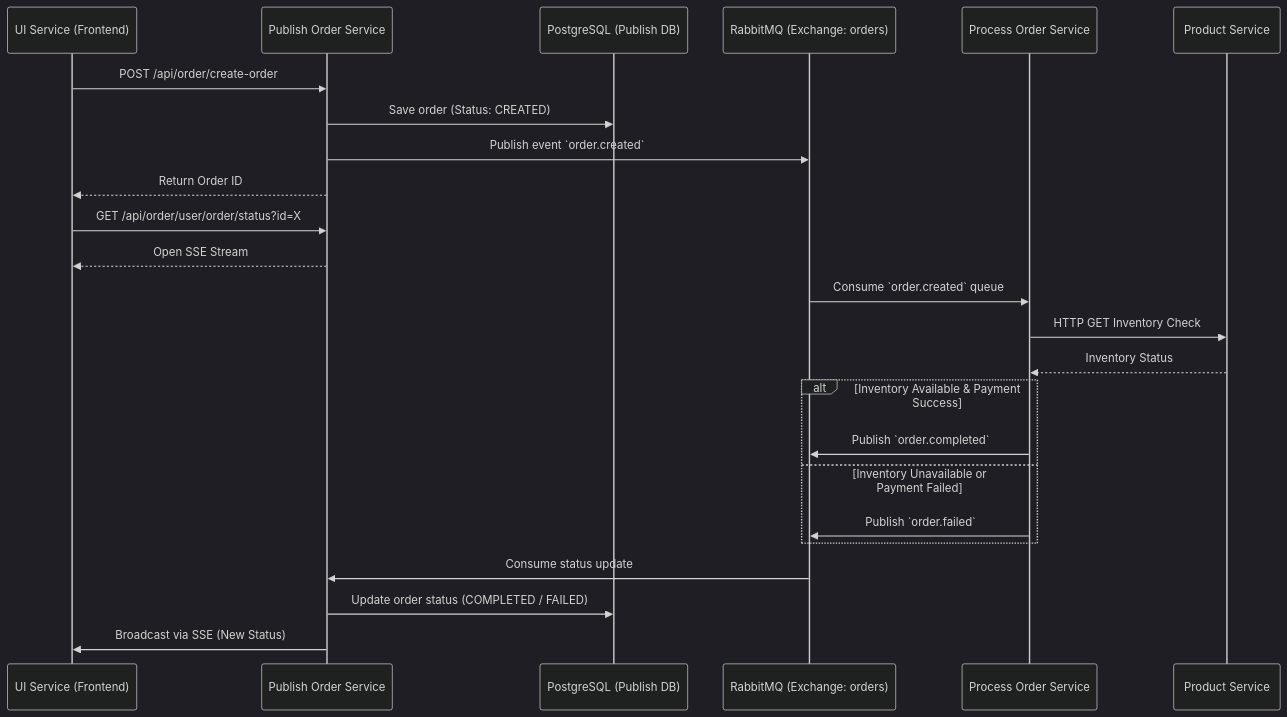
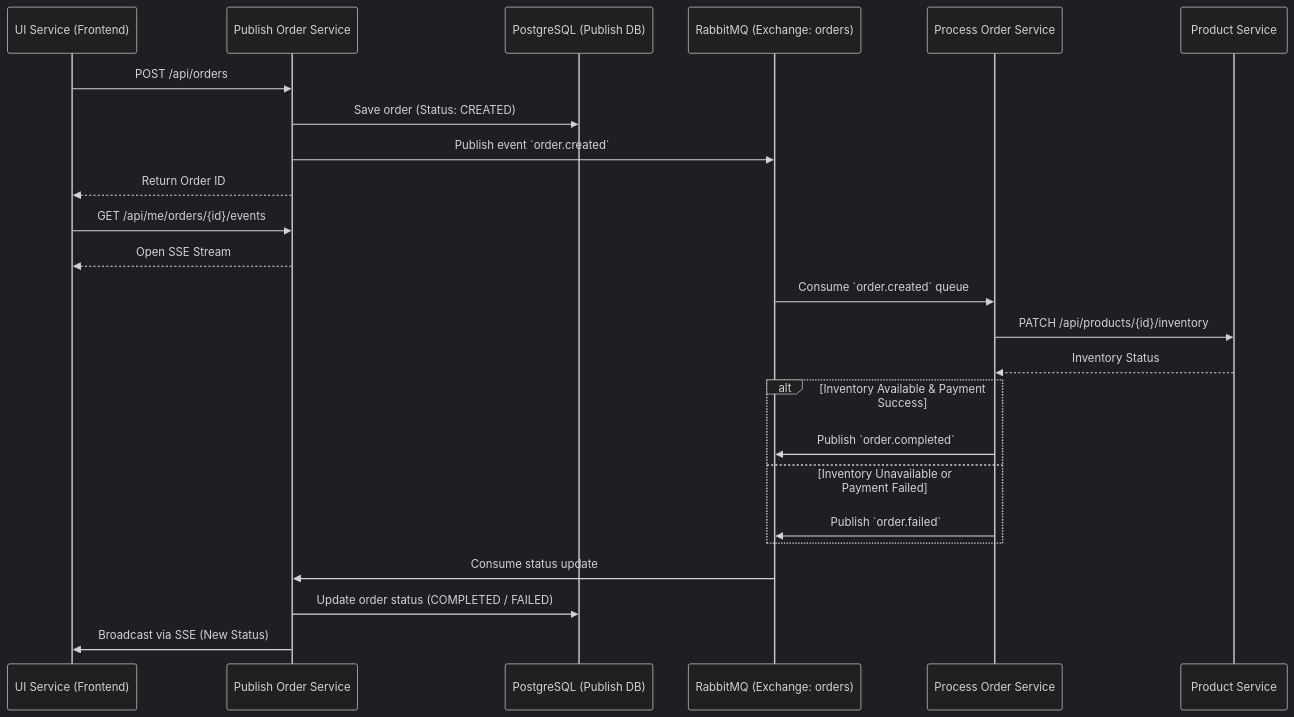
Before and after one commit to icl00ud/velure: the diagram in docs-site/docs/03-core-architecture.md, drawn with Mermaid (dark theme). The commit also changed 29 other files, not shown here.

````diff
--- a/docs-site/docs/03-core-architecture.md
+++ b/docs-site/docs/03-core-architecture.md
@@ -11,31 +11,31 @@
 ```mermaid
 sequenceDiagram
     participant Frontend as UI Service (Frontend)
     participant PublishService as Publish Order Service
     participant DB as PostgreSQL (Publish DB)
     participant RabbitMQ as RabbitMQ (Exchange: orders)
     participant ProcessService as Process Order Service
     participant ProductService as Product Service
 
-    Frontend->>PublishService: POST /api/order/create-order
+    Frontend->>PublishService: POST /api/orders
     PublishService->>DB: Save order (Status: CREATED)
     PublishService->>RabbitMQ: Publish event `order.created`
     PublishService-->>Frontend: Return Order ID
 
-    Frontend->>PublishService: GET /api/order/user/order/status?id=X
+    Frontend->>PublishService: GET /api/me/orders/{id}/events
     PublishService-->>Frontend: Open SSE Stream
 
     RabbitMQ->>ProcessService: Consume `order.created` queue
-    ProcessService->>ProductService: HTTP GET Inventory Check
+    ProcessService->>ProductService: PATCH /api/products/{id}/inventory
     ProductService-->>ProcessService: Inventory Status
     
     alt Inventory Available & Payment Success
         ProcessService->>RabbitMQ: Publish `order.completed`
     else Inventory Unavailable or Payment Failed
         ProcessService->>RabbitMQ: Publish `order.failed`
     end
 
     RabbitMQ->>PublishService: Consume status update
     PublishService->>DB: Update order status (COMPLETED / FAILED)
     PublishService->>Frontend: Broadcast via SSE (New Status)
 ```
````
